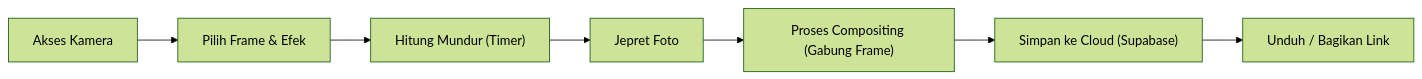
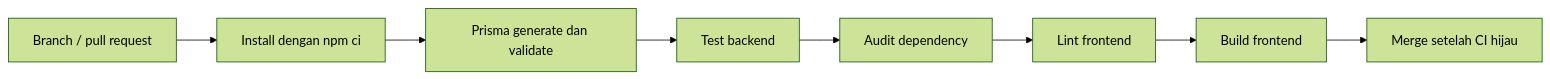
Before and after one commit to tegokkk/PHOTOBOOTH1: the third of 3 diagrams in README.md, drawn with Mermaid (forest theme). The commit also changed other lines of this file, not shown here.

````diff
--- a/README.md
+++ b/README.md
@@ -40,9 +256,10 @@
 ```mermaid
 flowchart LR
-  A["Akses Kamera"] --> B["Pilih Frame & Efek"]
-  B --> C["Hitung Mundur (Timer)"]
-  C --> D["Jepret Foto"]
-  D --> E["Proses Compositing (Gabung Frame)"]
-  E --> F["Simpan ke Cloud (Supabase)"]
-  F --> G["Unduh / Bagikan Link"]
+    A[Branch / pull request] --> B[Install dengan npm ci]
+    B --> C[Prisma generate dan validate]
+    C --> D[Test backend]
+    D --> E[Audit dependency]
+    E --> F[Lint frontend]
+    F --> G[Build frontend]
+    G --> H[Merge setelah CI hijau]
 ```
````
